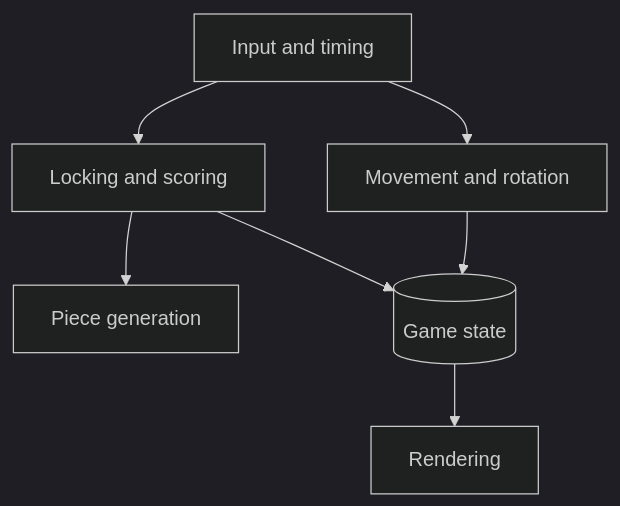
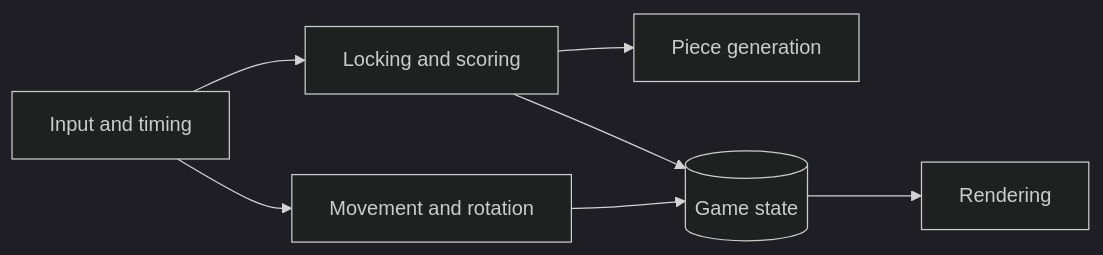
Before and after one commit to chussenot/polyfall: the first of 2 diagrams in docs/architecture/components.md, drawn with Mermaid (dark theme). The commit also changed other lines of this file and 12 other files, not shown here.

````diff
--- a/docs/architecture/components.md
+++ b/docs/architecture/components.md
@@ -33,15 +47,15 @@
 ```mermaid
-flowchart TB
-    Input[Input and timing]
-    Move[Movement and rotation]
-    Lock[Locking and scoring]
-    Gen[Piece generation]
-    State[(Game state)]
-    Render[Rendering]
+flowchart LR
+    Input["Input and timing"]
+    Move["Movement and rotation"]
+    Locking["Locking and scoring"]
+    Gen["Piece generation"]
+    State[("Game state")]
+    Render["Rendering"]
     Input --> Move
-    Input --> Lock
-    Lock --> Gen
+    Input --> Locking
+    Locking --> Gen
     Move --> State
-    Lock --> State
+    Locking --> State
     State --> Render
 ```
````
